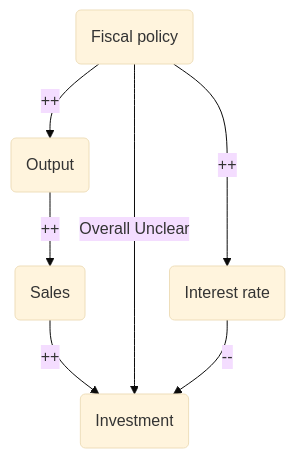
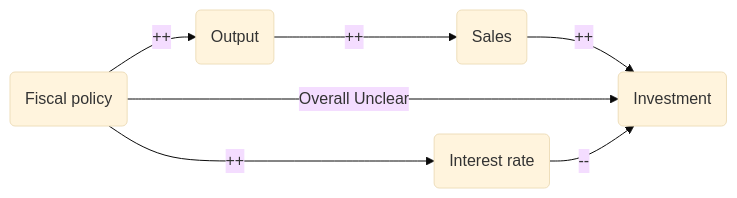
The fourth of 4 diagrams in docs/ECON2123/The IS-LM Model.md (JermaineChen404/JermaineChen404.github.io), drawn with Mermaid (base theme) before and after one commit. The commit also changed other lines of this file, not shown here.

Commit message:
Update The IS-LM Model.md

````diff
--- a/docs/ECON2123/The IS-LM Model.md
+++ b/docs/ECON2123/The IS-LM Model.md
@@ -152,9 +152,9 @@
 ```mermaid
-flowchart TD
+flowchart LR
 	1(Fiscal policy) -->|++| 2(Output)
 	2 -->|++| 3(Sales)
 	3 -->|++| 4(Investment)
 	1 -->|Overall Unclear |4
 	1 -->|++| 5(Interest rate)
 	5 -->|--| 4
 ```
````
